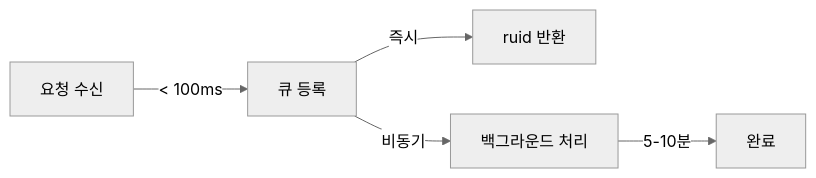
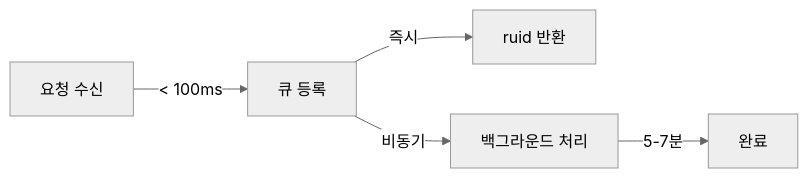
Before and after one commit to Febriez/eroom-docs: the second of 2 diagrams in backend/undertow-server.md, drawn with Mermaid (neutral theme). The commit also changed other lines of this file and 1 other file, not shown here.

````diff
--- a/backend/undertow-server.md
+++ b/backend/undertow-server.md
@@ -207,7 +196,7 @@
 ```mermaid
 graph LR
     A[요청 수신] -->|< 100ms| B[큐 등록]
     B -->|즉시| C[ruid 반환]
     B -->|비동기| D[백그라운드 처리]
-    D -->|5-10분| E[완료]
+    D -->|5-7분| E[완료]
 ```
````
